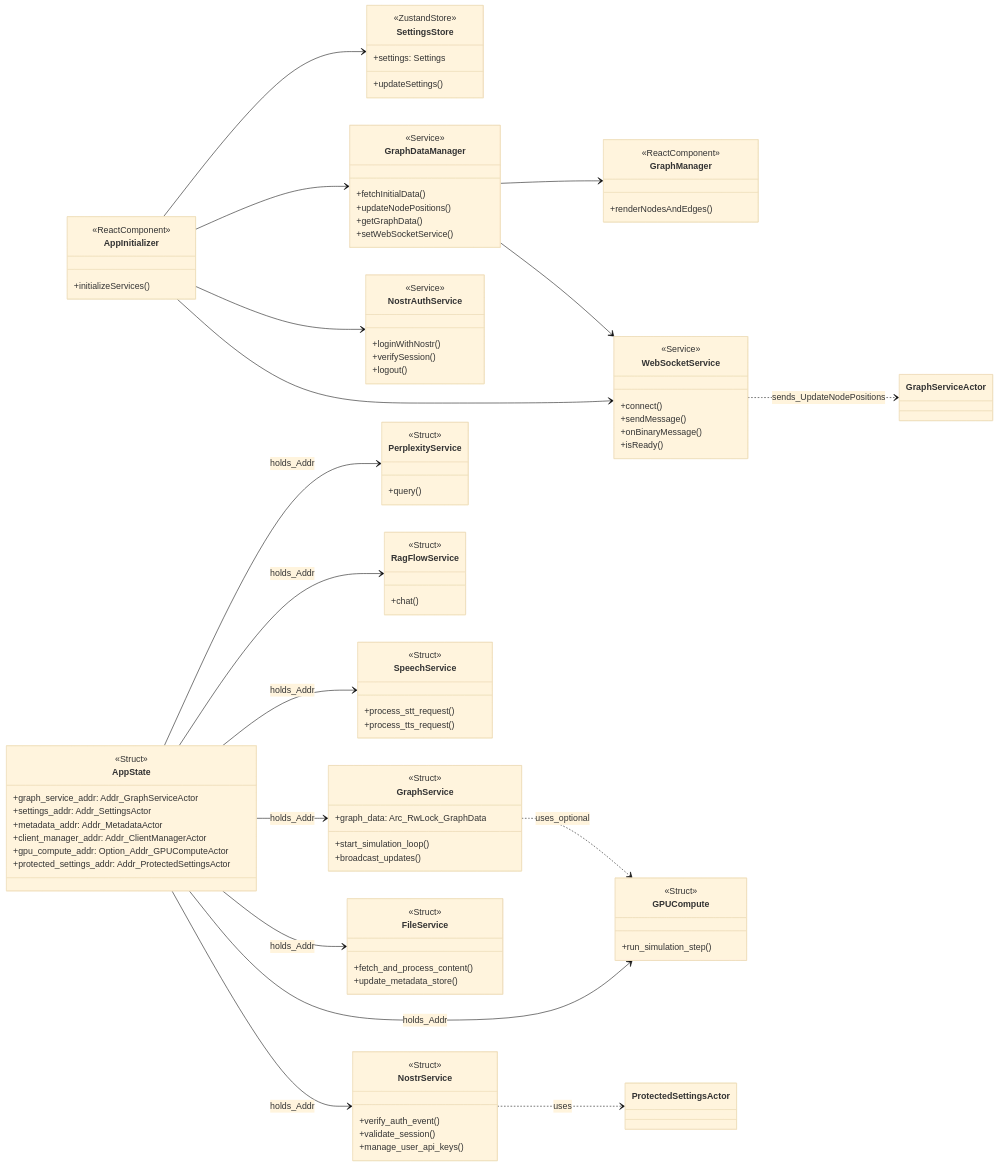
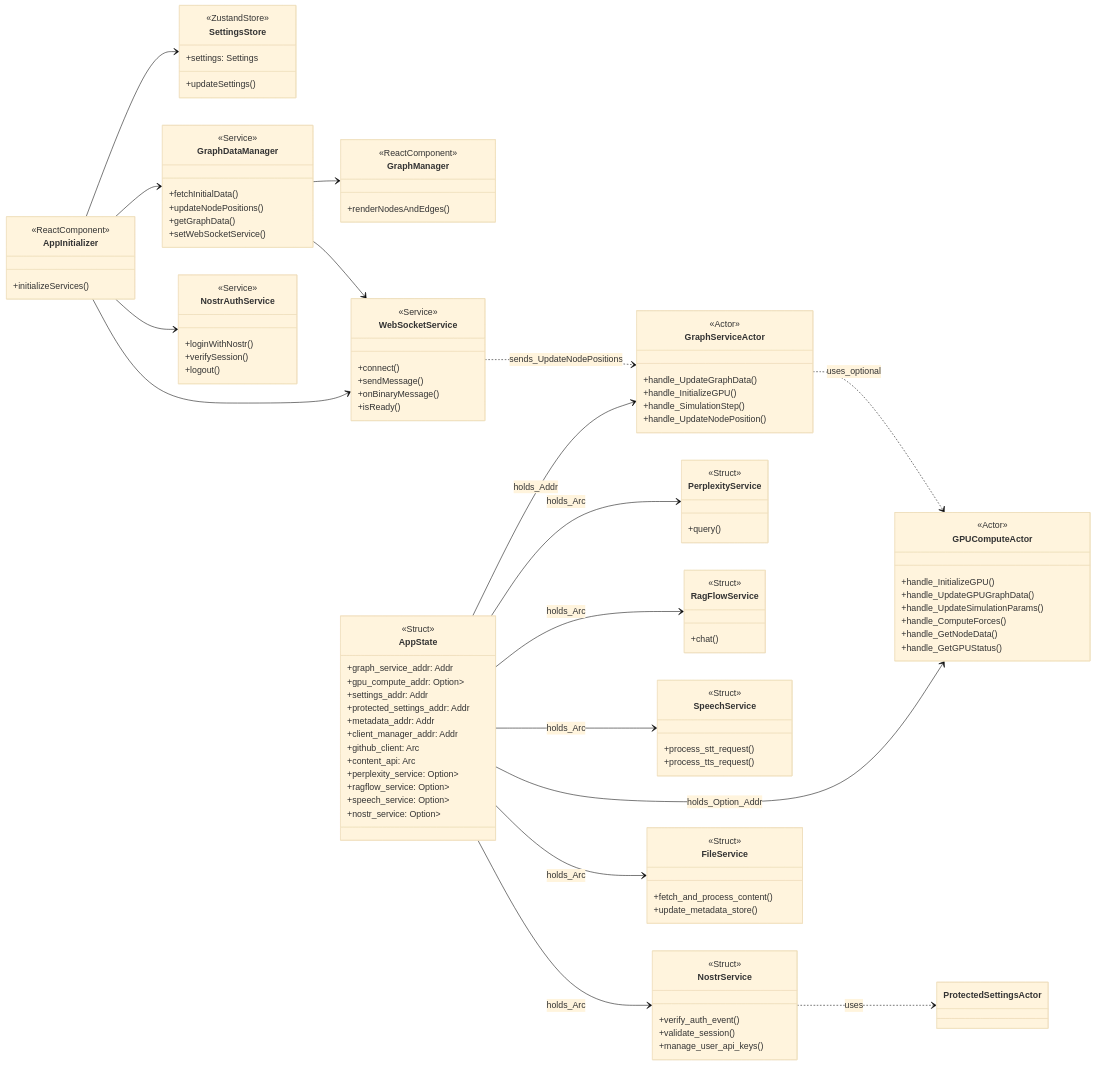
Before and after one commit to DreamLab-AI/VisionFlow: the third of 10 diagrams in README.md, drawn with Mermaid (base theme). The commit also changed other lines of this file and 16 other files, not shown here.

````diff
--- a/README.md
+++ b/README.md
@@ -282,18 +331,25 @@
     %% Backend Classes
     class AppState {
         <<Struct>>
-        +graph_service_addr: Addr_GraphServiceActor
-        +settings_addr: Addr_SettingsActor
-        +metadata_addr: Addr_MetadataActor
-        +client_manager_addr: Addr_ClientManagerActor
-        +gpu_compute_addr: Option_Addr_GPUComputeActor
-        +protected_settings_addr: Addr_ProtectedSettingsActor
+        +graph_service_addr: Addr<GraphServiceActor>
+        +gpu_compute_addr: Option<Addr<GPUComputeActor>>
+        +settings_addr: Addr<SettingsActor>
+        +protected_settings_addr: Addr<ProtectedSettingsActor>
+        +metadata_addr: Addr<MetadataActor>
+        +client_manager_addr: Addr<ClientManagerActor>
+        +github_client: Arc<GitHubClient>
+        +content_api: Arc<ContentAPI>
+        +perplexity_service: Option<Arc<PerplexityService>>
+        +ragflow_service: Option<Arc<RAGFlowService>>
+        +speech_service: Option<Arc<SpeechService>>
+        +nostr_service: Option<Arc<NostrService>>
     }
-    class GraphService {
-        <<Struct>>
-        +graph_data: Arc_RwLock_GraphData
-        +start_simulation_loop()
-        +broadcast_updates()
+    class GraphServiceActor {
+        <<Actor>>
+        +handle_UpdateGraphData()
+        +handle_InitializeGPU()
+        +handle_SimulationStep()
+        +handle_UpdateNodePosition()
     }
     class PerplexityService {
         <<Struct>>
@@ -314,24 +370,29 @@
         +validate_session()
         +manage_user_api_keys()
     }
-    class GPUCompute {
-        <<Struct>>
-        +run_simulation_step()
+    class GPUComputeActor {
+        <<Actor>>
+        +handle_InitializeGPU()
+        +handle_UpdateGPUGraphData()
+        +handle_UpdateSimulationParams()
+        +handle_ComputeForces()
+        +handle_GetNodeData()
+        +handle_GetGPUStatus()
     }
     class FileService {
         <<Struct>>
         +fetch_and_process_content()
         +update_metadata_store()
     }
-    AppState --> GraphService : holds_Addr
-    AppState --> NostrService : holds_Addr
-    AppState --> PerplexityService : holds_Addr
-    AppState --> RagFlowService : holds_Addr
-    AppState --> SpeechService : holds_Addr
-    AppState --> GPUCompute : holds_Addr
-    AppState --> FileService : holds_Addr
+    AppState --> GraphServiceActor : holds_Addr
+    AppState --> NostrService : holds_Arc
+    AppState --> PerplexityService : holds_Arc
+    AppState --> RagFlowService : holds_Arc
+    AppState --> SpeechService : holds_Arc
+    AppState --> GPUComputeActor : holds_Option_Addr
+    AppState --> FileService : holds_Arc
 
     WebSocketService ..> GraphServiceActor : sends_UpdateNodePositions
-    GraphService ..> GPUCompute : uses_optional
+    GraphServiceActor ..> GPUComputeActor : uses_optional
     NostrService ..> ProtectedSettingsActor : uses
 ```
````
